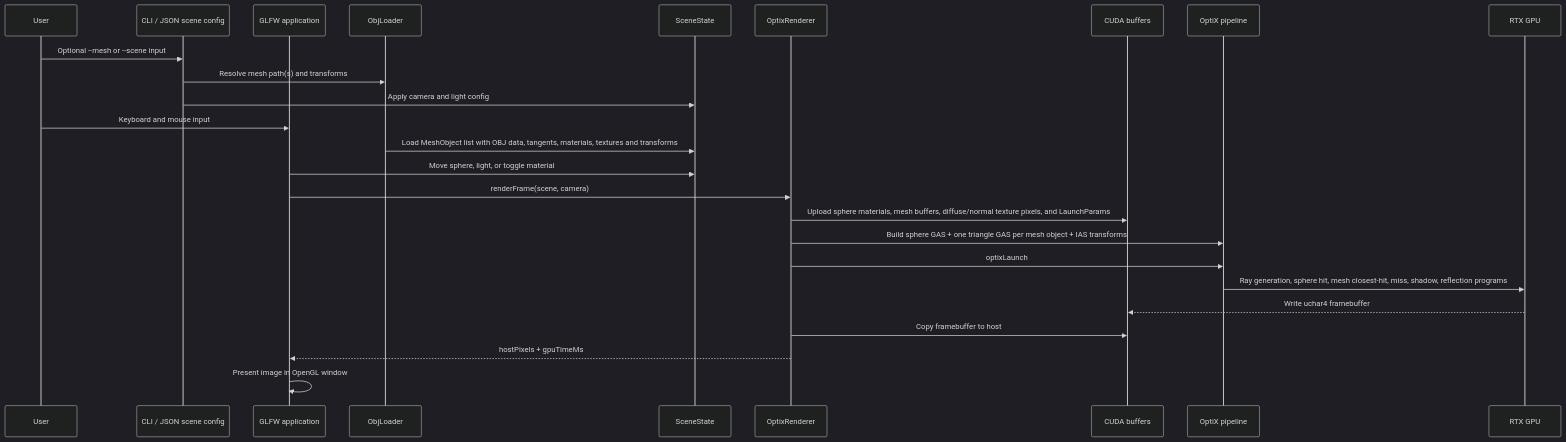
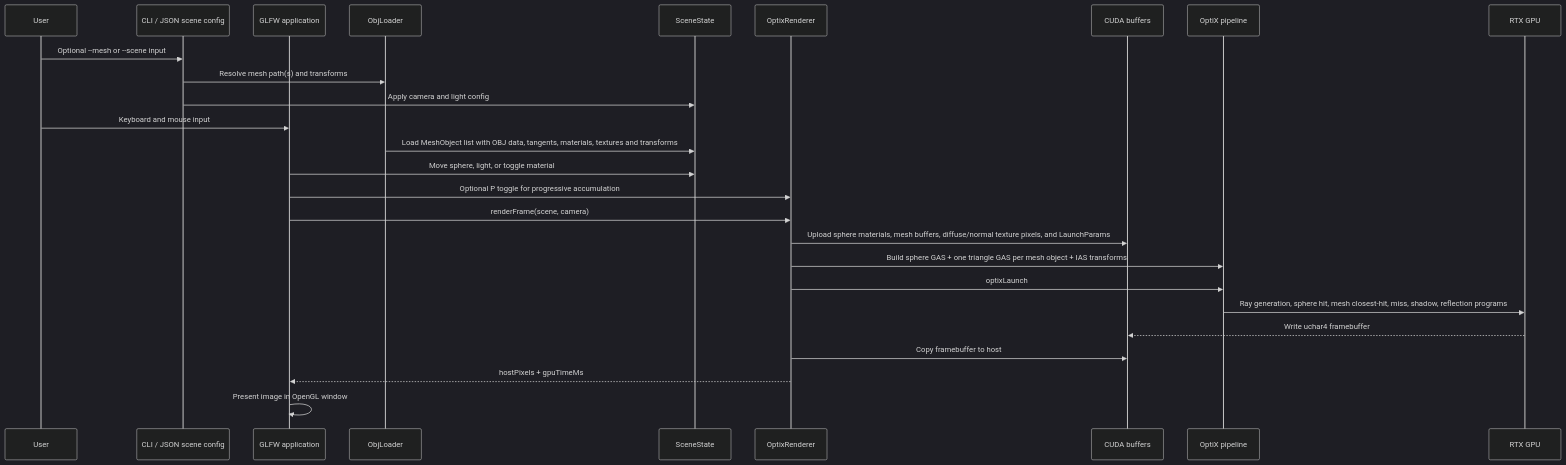
Before and after one commit to Tundraws/RayTracer: the second of 4 diagrams in RayTracerRTX/docs/architecture.md, drawn with Mermaid (dark theme). The commit also changed other lines of this file and 12 other files, not shown here.

````diff
--- a/RayTracerRTX/docs/architecture.md
+++ b/RayTracerRTX/docs/architecture.md
@@ -45,28 +49,29 @@
 ```mermaid
 sequenceDiagram
     participant User
     participant Args as CLI / JSON scene config
     participant App as GLFW application
     participant ObjLoader as ObjLoader
     participant Scene as SceneState
     participant Renderer as OptixRenderer
     participant CUDA as CUDA buffers
     participant OptiX as OptiX pipeline
     participant GPU as RTX GPU
 
     User->>Args: Optional --mesh or --scene input
     Args->>ObjLoader: Resolve mesh path(s) and transforms
     Args->>Scene: Apply camera and light config
     User->>App: Keyboard and mouse input
     ObjLoader->>Scene: Load MeshObject list with OBJ data, tangents, materials, textures and transforms
     App->>Scene: Move sphere, light, or toggle material
+    App->>Renderer: Optional P toggle for progressive accumulation
     App->>Renderer: renderFrame(scene, camera)
     Renderer->>CUDA: Upload sphere materials, mesh buffers, diffuse/normal texture pixels, and LaunchParams
     Renderer->>OptiX: Build sphere GAS + one triangle GAS per mesh object + IAS transforms
     Renderer->>OptiX: optixLaunch
     OptiX->>GPU: Ray generation, sphere hit, mesh closest-hit, miss, shadow, reflection programs
     GPU-->>CUDA: Write uchar4 framebuffer
     Renderer->>CUDA: Copy framebuffer to host
     Renderer-->>App: hostPixels + gpuTimeMs
     App->>App: Present image in OpenGL window
 ```
````
